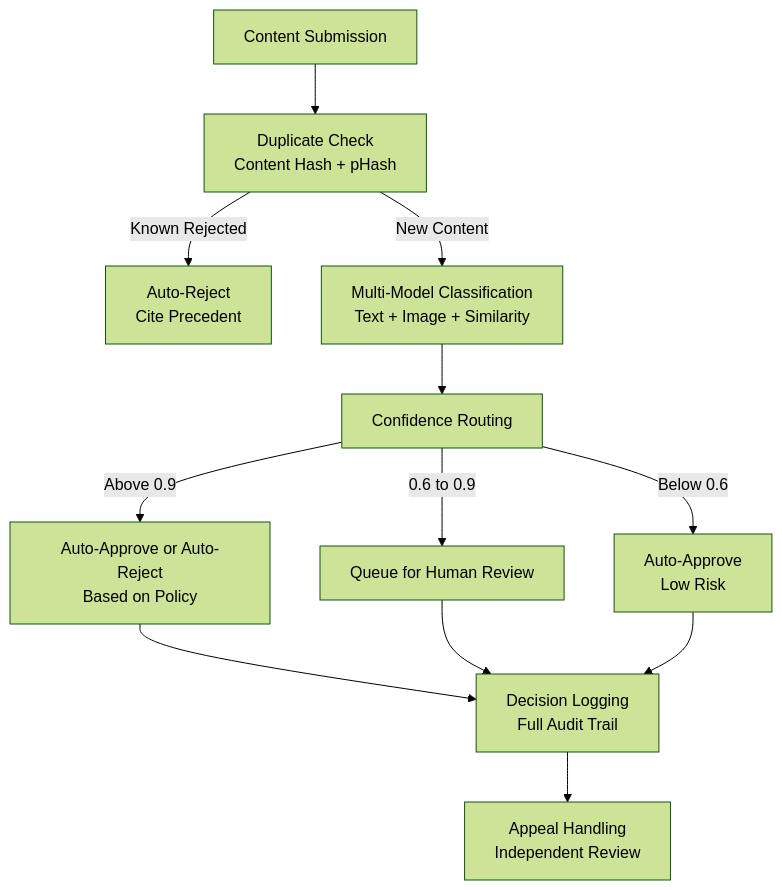
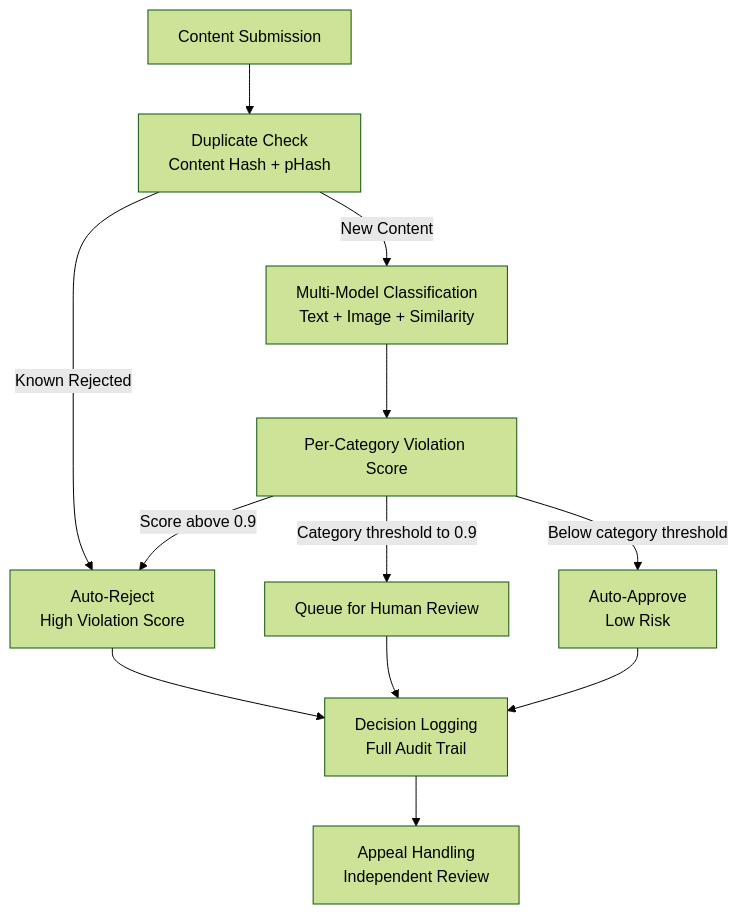
The fourth of 4 diagrams in docs/architecture-design/content-moderation.md (spawn08/agentic-ai-interview-kit), drawn with Mermaid (forest theme) before and after one commit. The commit also changed other lines of this file and 2 other files, not shown here.

Commit message:
Fix P1 architecture content contradictions
- healthcare-assistant: converge on the physician-facing clinical-decision-
  support framing throughout. Rewrite the data model (patient_sessions ->
  consultation_sessions with physician_id, clinician session types,
  differential_result, physician/assistant/system roles), the memory section,
  and the Hallucination Mitigation section so constraints are "cite a guideline
  + physician approval" instead of the contradictory "never diagnose / never
  dose" triage-chatbot language. Reframe patient-triage production-issue rows.
- trading-agent: align the dual-consensus threshold to $50K everywhere (was
  stated as $500K in one place while the worked $92.7K example triggers at $50K).
- content-moderation: disambiguate the two routing axes -- the Confidence Router
  (agent decision confidence, 0.95/0.7 bands) vs the hallucination pipeline's
  per-category violation score -- and fix the incoherent mermaid edges.

Site build passes.

````diff
--- a/docs/architecture-design/content-moderation.md
+++ b/docs/architecture-design/content-moderation.md
@@ -585,14 +587,14 @@
 ```mermaid
 graph TB
     Submit[Content Submission] --> DupCheck[Duplicate Check<br/>Content Hash + pHash]
     DupCheck -->|Known Rejected| AutoReject[Auto-Reject<br/>Cite Precedent]
     DupCheck -->|New Content| MultiModel[Multi-Model Classification<br/>Text + Image + Similarity]
-    MultiModel --> ConfRoute[Confidence Routing]
-    ConfRoute -->|Above 0.9| AutoAction[Auto-Approve or Auto-Reject<br/>Based on Policy]
-    ConfRoute -->|0.6 to 0.9| HumanReview[Queue for Human Review]
-    ConfRoute -->|Below 0.6| AutoApprove[Auto-Approve<br/>Low Risk]
-    AutoAction --> Log[Decision Logging<br/>Full Audit Trail]
+    MultiModel --> ViolationRoute[Per-Category Violation Score]
+    ViolationRoute -->|Score above 0.9| AutoReject[Auto-Reject<br/>High Violation Score]
+    ViolationRoute -->|Category threshold to 0.9| HumanReview[Queue for Human Review]
+    ViolationRoute -->|Below category threshold| AutoApprove[Auto-Approve<br/>Low Risk]
+    AutoReject --> Log[Decision Logging<br/>Full Audit Trail]
     HumanReview --> Log
     AutoApprove --> Log
     Log --> AppealPath[Appeal Handling<br/>Independent Review]
 ```
````
